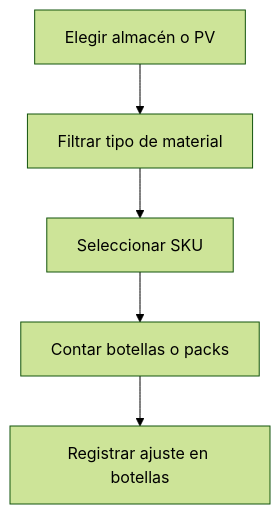
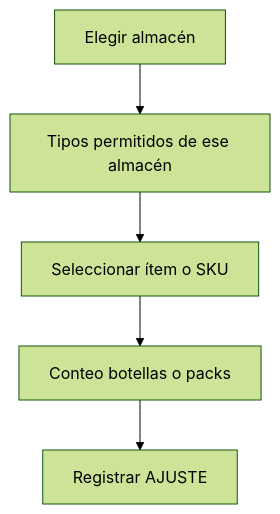
Before and after one commit to viziasac/web_bodegasantamaria: the second of 5 diagrams in docs/01_manual_usuario_cliente_web.md, drawn with Mermaid (forest theme). The commit also changed other lines of this file and 8 other files, not shown here.

````diff
--- a/docs/01_manual_usuario_cliente_web.md
+++ b/docs/01_manual_usuario_cliente_web.md
@@ -123,7 +105,7 @@
 ```mermaid
 flowchart TD
-  A[Elegir almacén o PV] --> B[Filtrar tipo de material]
-  B --> C[Seleccionar SKU]
-  C --> D[Contar botellas o packs]
-  D --> E[Registrar ajuste en botellas]
+  A[Elegir almacén] --> B[Tipos permitidos de ese almacén]
+  B --> C[Seleccionar ítem o SKU]
+  C --> D[Conteo botellas o packs]
+  D --> E[Registrar AJUSTE]
 ```
````
